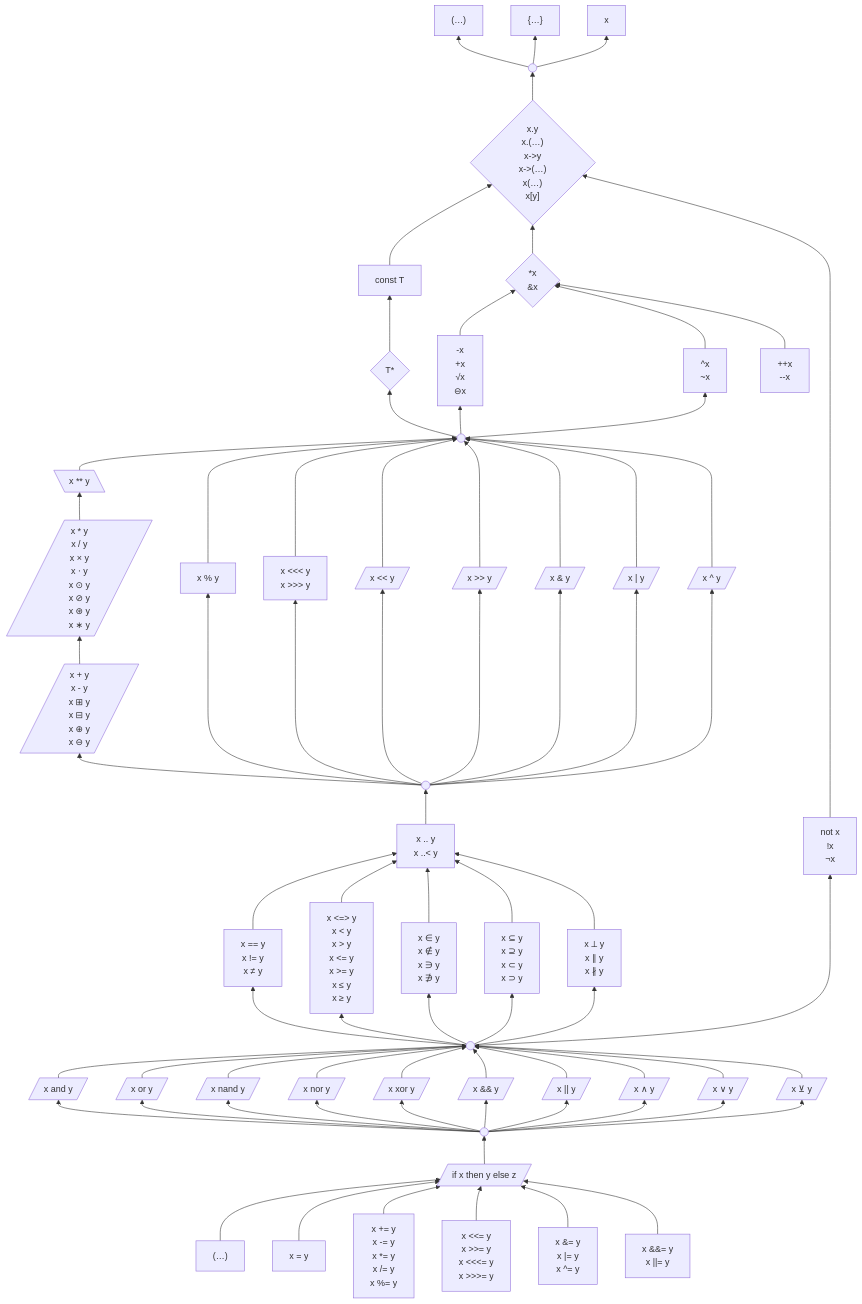
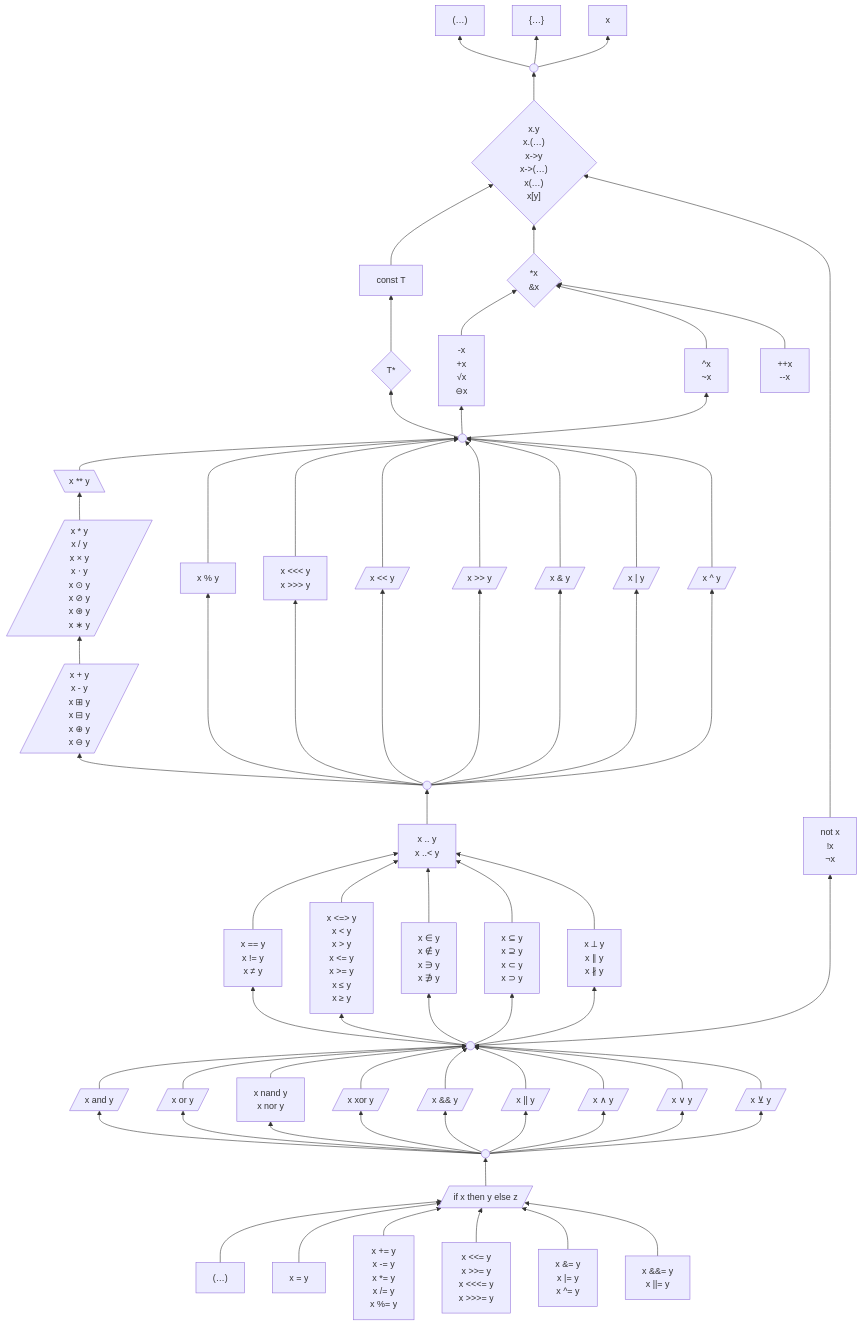
The first of 2 diagrams in 6 .../2 Unfinished Ideas.md (laro/Cilia), drawn with Mermaid before and after one commit.

Commit message:
Refactor logical operators in Unfinished Ideas.md

```diff
--- a/6 .../2 Unfinished Ideas.md
+++ b/6 .../2 Unfinished Ideas.md
@@ -281,11 +281,11 @@
     %% as ------> unary
     %% as["x as T"]
 
-    and & or & nand & nor & xor & andAmp & orAmp & andSym & orSym & xorSym --> logicalOperand
+    and & or & nandNor & xor & andAmp & orAmp & andSym & orSym & xorSym --> logicalOperand
     and[/"x and y"/]
     or[/"x or y"/]
-    nand[/"x nand y"/]
-    nor[/"x nor y"/]
+    nandNor["x nand y
+             x nor y"]
     xor[/"x xor y"/]
     andAmp[/"x && y"/]
     orAmp[/"x || y"/]
@@ -294,7 +294,7 @@
     xorSym[/"x ⊻ y"/]
 
     %% logicalExpression ---> as
-    logicalExpression --> and & or & nand & nor & xor & andAmp & orAmp & andSym & orSym & xorSym
+    logicalExpression --> and & or & nandNor & xor & andAmp & orAmp & andSym & orSym & xorSym
     logicalExpression((" "))
 
     ifThenElse --> logicalExpression
```
